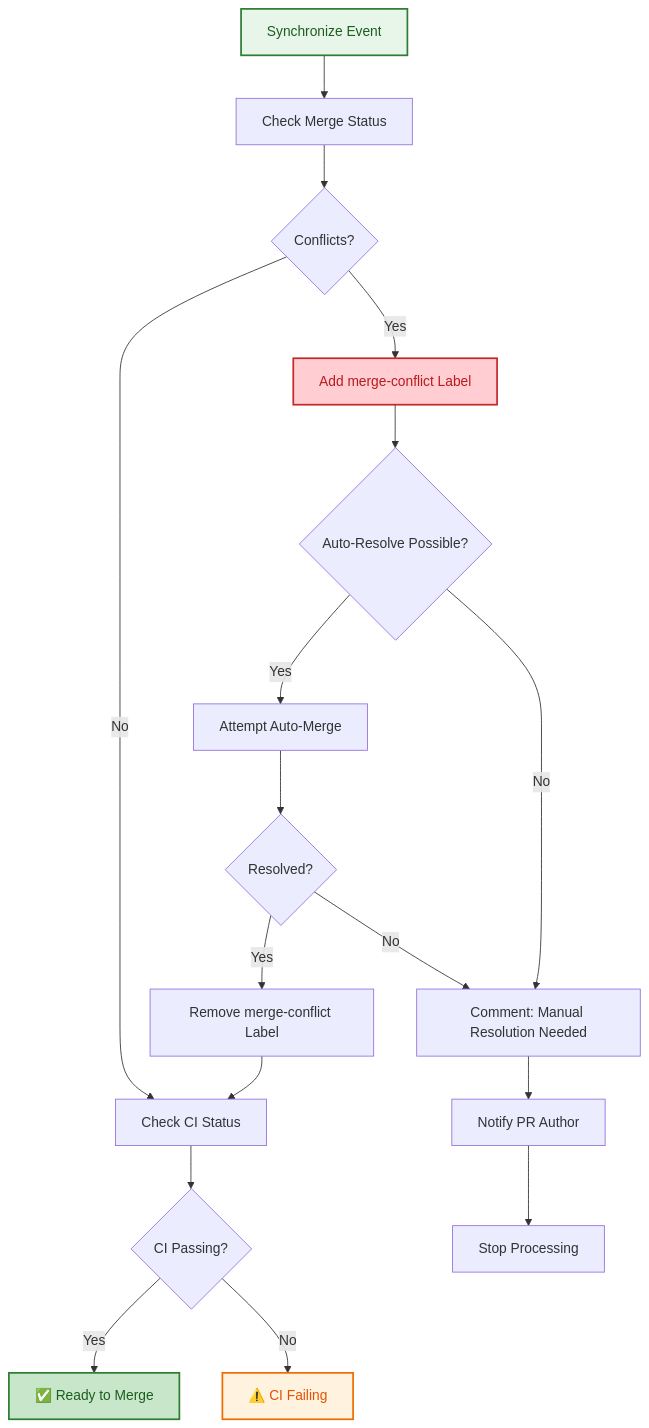
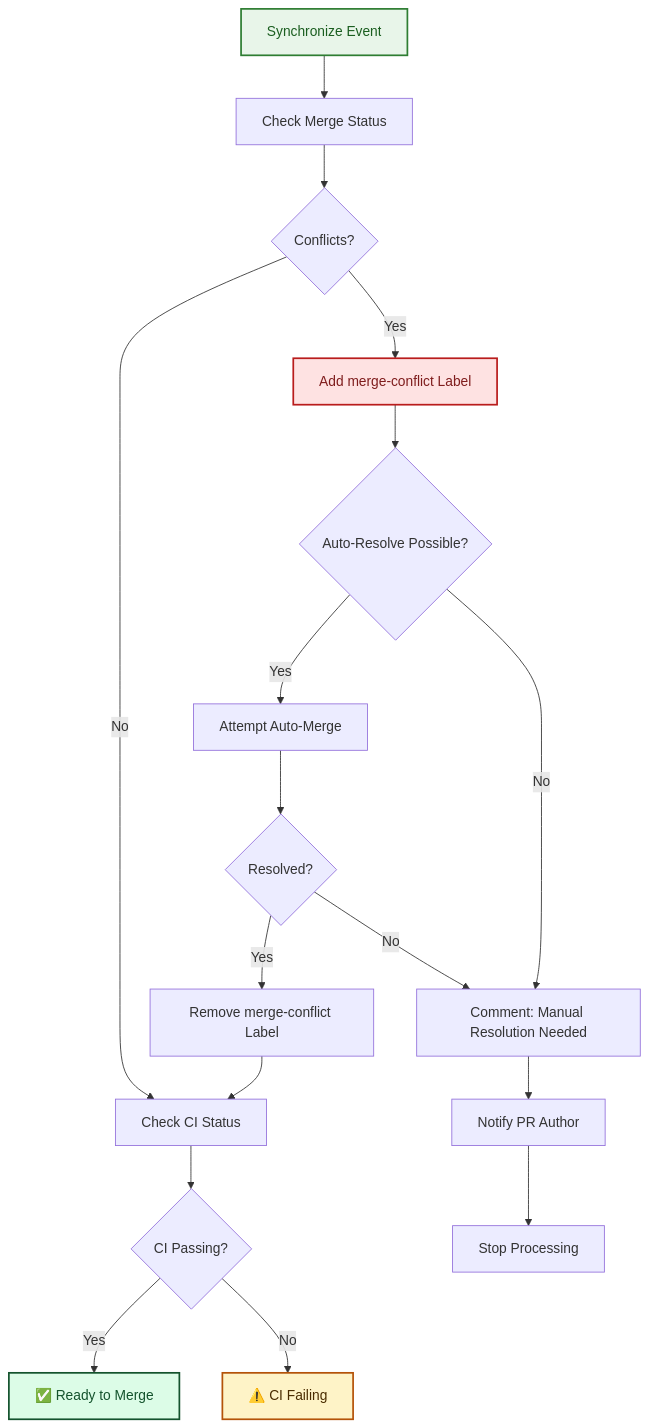
The second of 3 diagrams in .github/projects/active/automation-consolidation-agentic-workflows-2026-09/PR_MANAGEMENT_AGENT_SPEC.md (lightspeedwp/.github), drawn with Mermaid before and after one commit. The commit also changed other lines of this file and 181 other files, not shown here.

Commit message:
docs: maintenance updates (Mermaid + staleness)

````diff
--- a/.github/projects/active/automation-consolidation-agentic-workflows-2026-09/PR_MANAGEMENT_AGENT_SPEC.md
+++ b/.github/projects/active/automation-consolidation-agentic-workflows-2026-09/PR_MANAGEMENT_AGENT_SPEC.md
@@ -185,31 +185,31 @@
 ```mermaid
 graph TD
     accTitle: Merge conflict detection decision tree
     accDescr: Flowchart for detecting and resolving merge conflicts, checking CI status, and determining if PR is ready to merge
     A["Synchronize Event"] --> B["Check Merge Status"]
     B --> C{Conflicts?}
     
     C -->|No| D["Check CI Status"]
     C -->|Yes| E["Add merge-conflict Label"]
     E --> F{Auto-Resolve Possible?}
     
     F -->|Yes| G["Attempt Auto-Merge"]
     F -->|No| H["Comment: Manual Resolution Needed"]
     
     G --> I{Resolved?}
     I -->|Yes| J["Remove merge-conflict Label"]
     I -->|No| H
     
     H --> K["Notify PR Author"]
     K --> L["Stop Processing"]
     
     J --> D
     D --> M{CI Passing?}
     M -->|Yes| N["✅ Ready to Merge"]
     M -->|No| O["⚠️ CI Failing"]
     
     style A fill:#E8F5E9,stroke:#2E7D32,stroke-width:2px,color:#1B5E20
-    style N fill:#C8E6C9,stroke:#2E7D32,stroke-width:2px,color:#1B5E20
-    style E fill:#FFCDD2,stroke:#C62828,stroke-width:2px,color:#B71C1C
-    style O fill:#FFF3E0,stroke:#EF6C00,stroke-width:2px,color:#E65100
+    style N fill:#dcfce7,stroke:#14532d,stroke-width:2px,color:#14532d
+    style E fill:#fee2e2,stroke:#b91c1c,stroke-width:2px,color:#7f1d1d
+    style O fill:#fef3c7,stroke:#b45309,stroke-width:2px,color:#4a2c00
 ```
````
